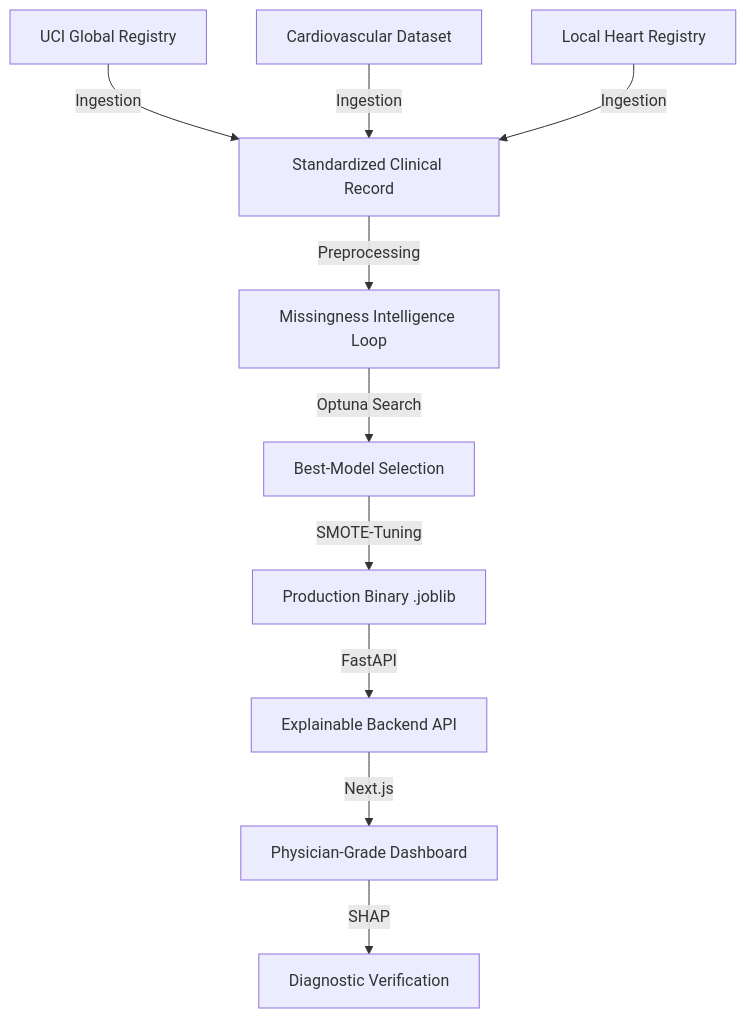
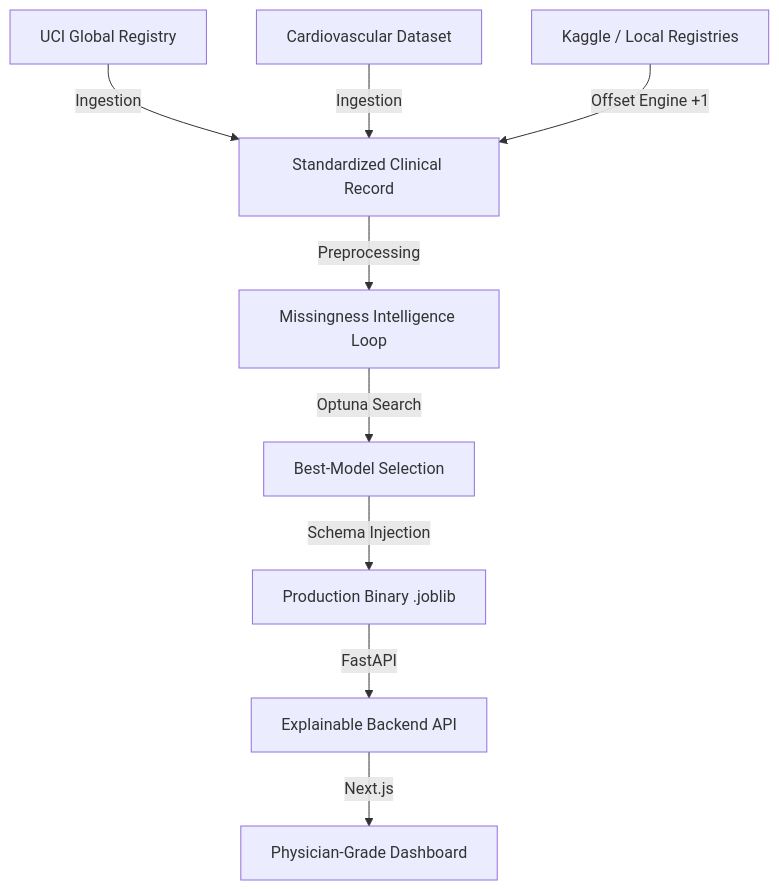
One commit to Ashutosh-Repos/Heart-Disease-Prediction changed the diagram in Readme.md. Above: the diagram before and after it, drawn with Mermaid. The commit also changed other lines of this file and 7 other files, not shown here.

````diff
--- a/Readme.md
+++ b/Readme.md
@@ -20,12 +20,11 @@
 ```mermaid
 graph TD
     A1[UCI Global Registry] -->|Ingestion| B[Standardized Clinical Record]
     A2[Cardiovascular Dataset] -->|Ingestion| B
-    A3[Local Heart Registry] -->|Ingestion| B
+    A3[Kaggle / Local Registries] -->|Offset Engine +1| B
     B -->|Preprocessing| C[Missingness Intelligence Loop]
     C -->|Optuna Search| D[Best-Model Selection]
-    D -->|SMOTE-Tuning| E[Production Binary .joblib]
+    D -->|Schema Injection| E[Production Binary .joblib]
     E -->|FastAPI| F[Explainable Backend API]
     F -->|Next.js| G[Physician-Grade Dashboard]
-    G -->|SHAP| H[Diagnostic Verification]
 ```
````
